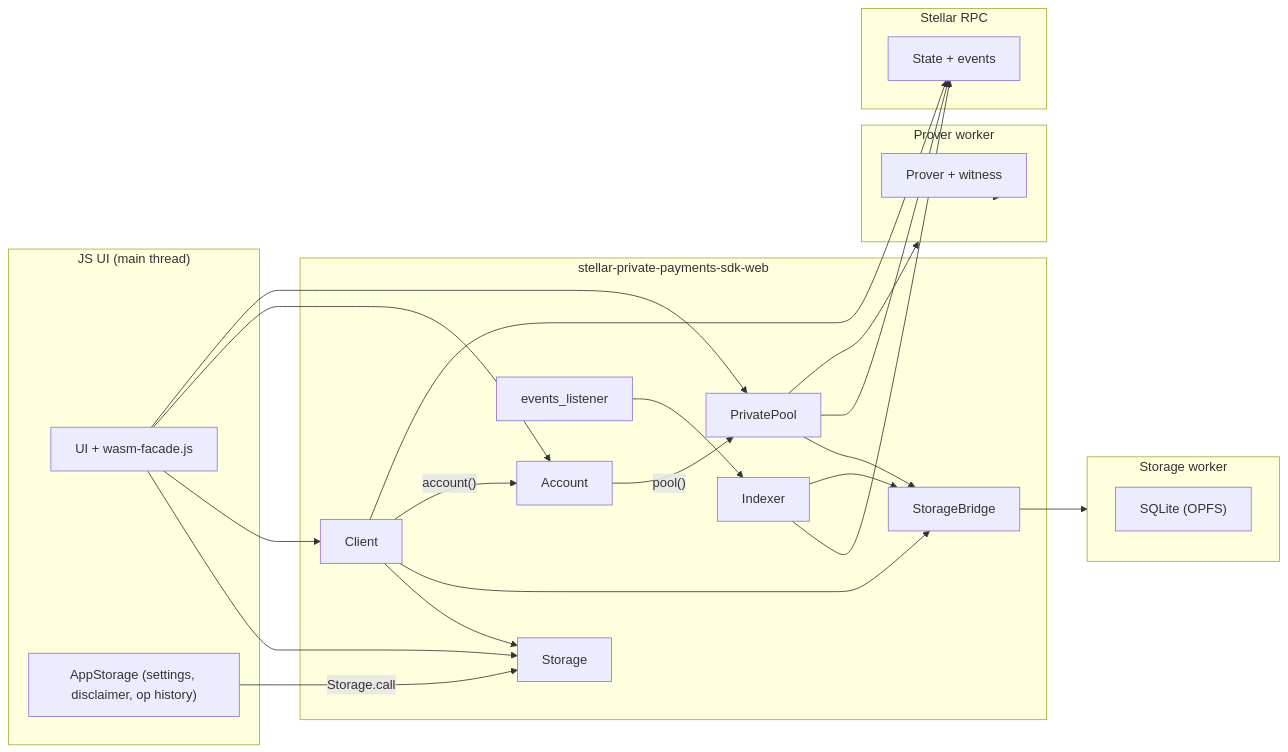
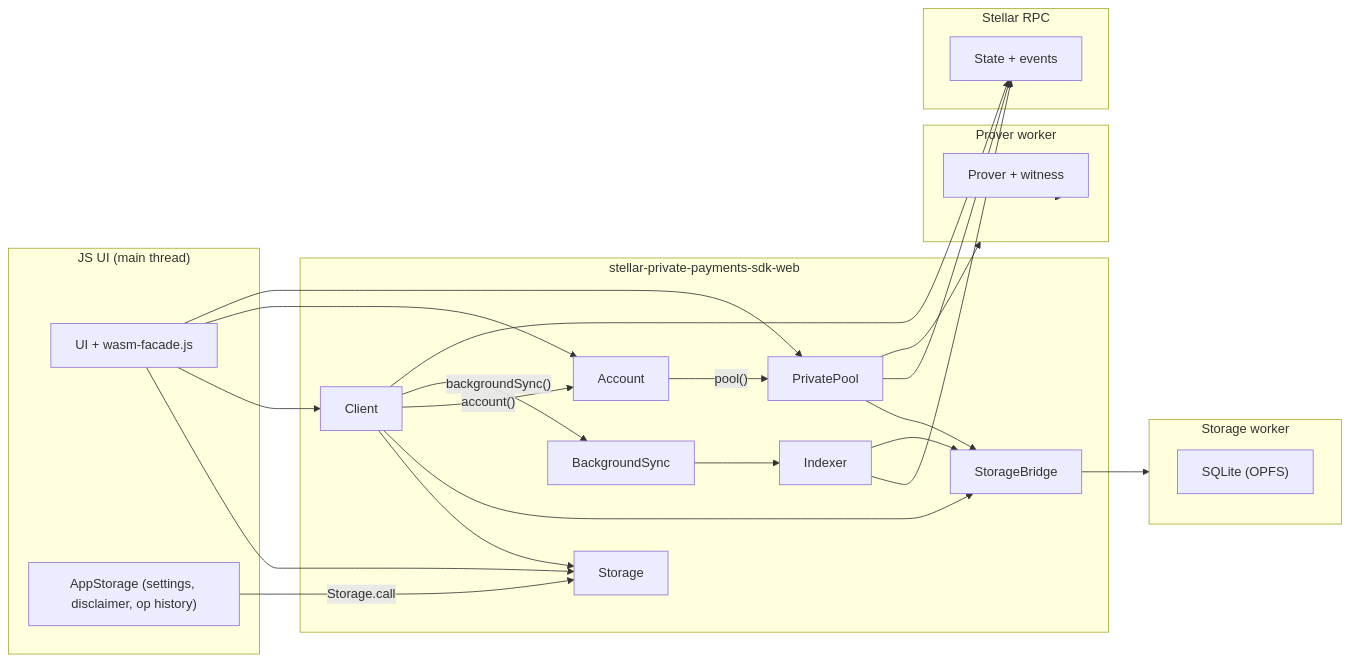
The diagram in app/ARCHITECTURE.md (NethermindEth/stellar-private-payments), drawn with Mermaid before and after one commit. The commit also changed other lines of this file and 28 other files, not shown here.

Commit message:
SDK background sync

````diff
--- a/app/ARCHITECTURE.md
+++ b/app/ARCHITECTURE.md
@@ -117,48 +117,49 @@
 ```mermaid
 flowchart LR
   subgraph JS["JS UI (main thread)"]
     UI["UI + wasm-facade.js"]
     AS["AppStorage (settings, disclaimer, op history)"]
   end
 
   subgraph PKG["stellar-private-payments-sdk-web"]
     ST["Storage"]
     CL["Client"]
     AC["Account"]
     PP["PrivatePool"]
     SB["StorageBridge"]
-    EL["events_listener"]
+    BS["BackgroundSync"]
     IDX["Indexer"]
   end
 
   subgraph SW["Storage worker"]
     DB["SQLite (OPFS)"]
   end
 
   subgraph PW["Prover worker"]
     PR["Prover + witness"]
   end
 
   subgraph RPC["Stellar RPC"]
     RPCAPI["State + events"]
   end
 
   UI --> ST
   UI --> CL
   UI --> AC
   UI --> PP
   AS -->|"Storage.call"| ST
   CL --> ST
   CL --> SB
   CL -->|"account()"| AC
+  CL -->|"backgroundSync()"| BS
   AC -->|"pool()"| PP
   PP --> SB
   PP --> PW
-  EL --> IDX
+  BS --> IDX
   IDX --> RPCAPI
   IDX --> SB
   SB --> SW
   PW --> PR
   CL --> RPCAPI
   PP --> RPCAPI
 ```
````
